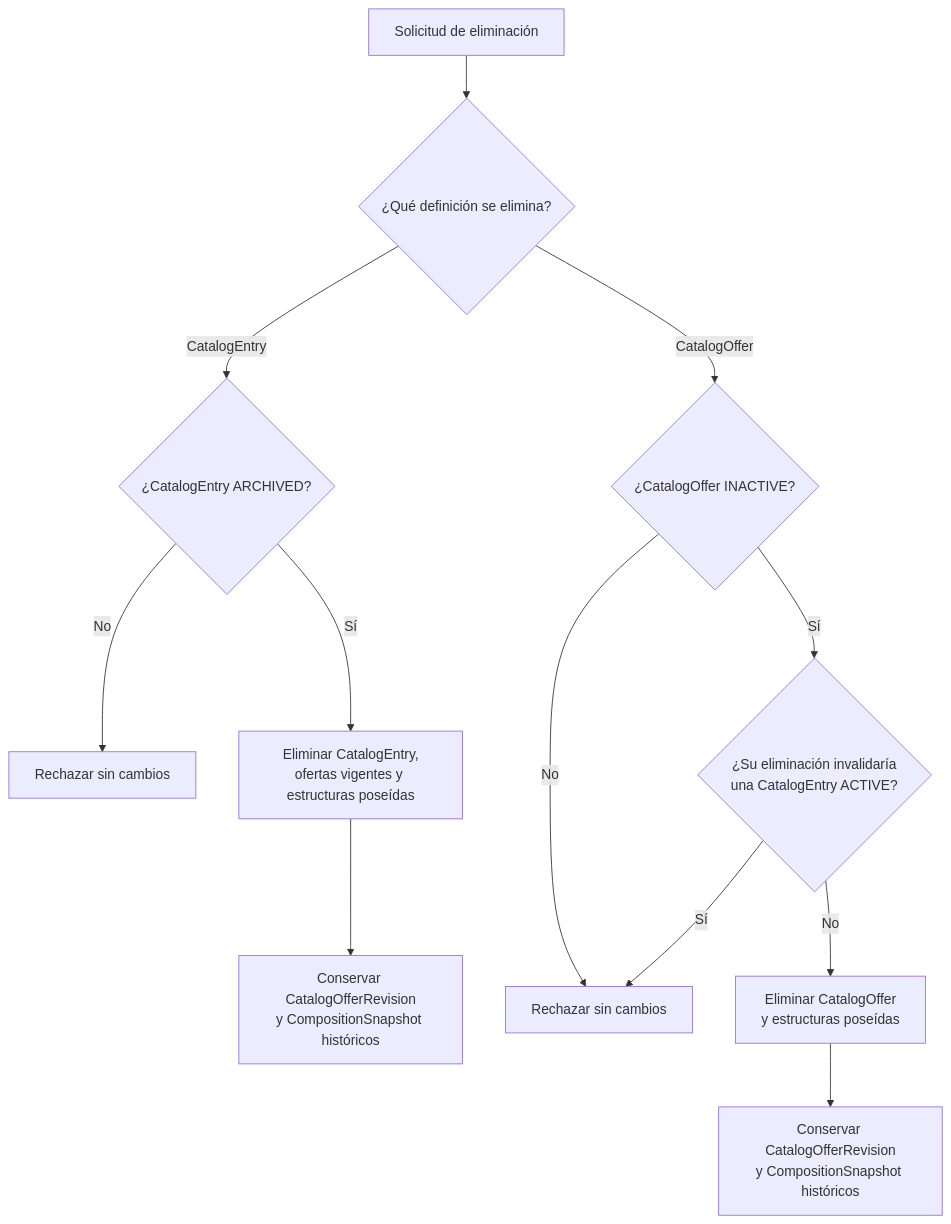
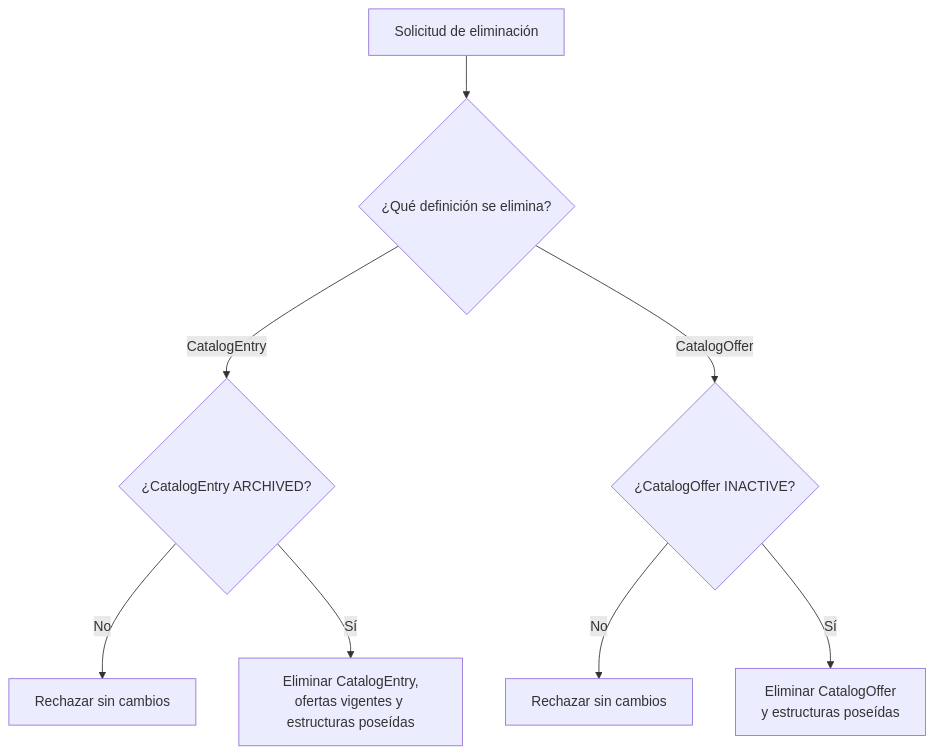
Before and after one commit to FMAT-Restaurant/Menu-Documentation: the third of 5 diagrams in docs/ers/architechture.md, drawn with Mermaid. The commit also changed other lines of this file and 8 other files, not shown here.

````diff
--- a/docs/ers/architechture.md
+++ b/docs/ers/architechture.md
@@ -217,16 +204,12 @@
 ```mermaid
 flowchart TB
     Start["Solicitud de eliminación"] --> Kind{"¿Qué definición se elimina?"}
 
     Kind -->|CatalogEntry| EntryState{"¿CatalogEntry ARCHIVED?"}
     EntryState -->|No| RejectEntry["Rechazar sin cambios"]
     EntryState -->|Sí| DeleteEntry["Eliminar CatalogEntry,<br/>ofertas vigentes y estructuras poseídas"]
-    DeleteEntry --> EntryHistory["Conservar CatalogOfferRevision<br/>y CompositionSnapshot históricos"]
 
     Kind -->|CatalogOffer| OfferState{"¿CatalogOffer INACTIVE?"}
     OfferState -->|No| RejectOffer["Rechazar sin cambios"]
-    OfferState -->|Sí| OfferConstraints{"¿Su eliminación invalidaría<br/>una CatalogEntry ACTIVE?"}
-    OfferConstraints -->|Sí| RejectOffer
-    OfferConstraints -->|No| DeleteOffer["Eliminar CatalogOffer<br/>y estructuras poseídas"]
-    DeleteOffer --> OfferHistory["Conservar CatalogOfferRevision<br/>y CompositionSnapshot históricos"]
+    OfferState -->|Sí| DeleteOffer["Eliminar CatalogOffer<br/>y estructuras poseídas"]
 ```
````
